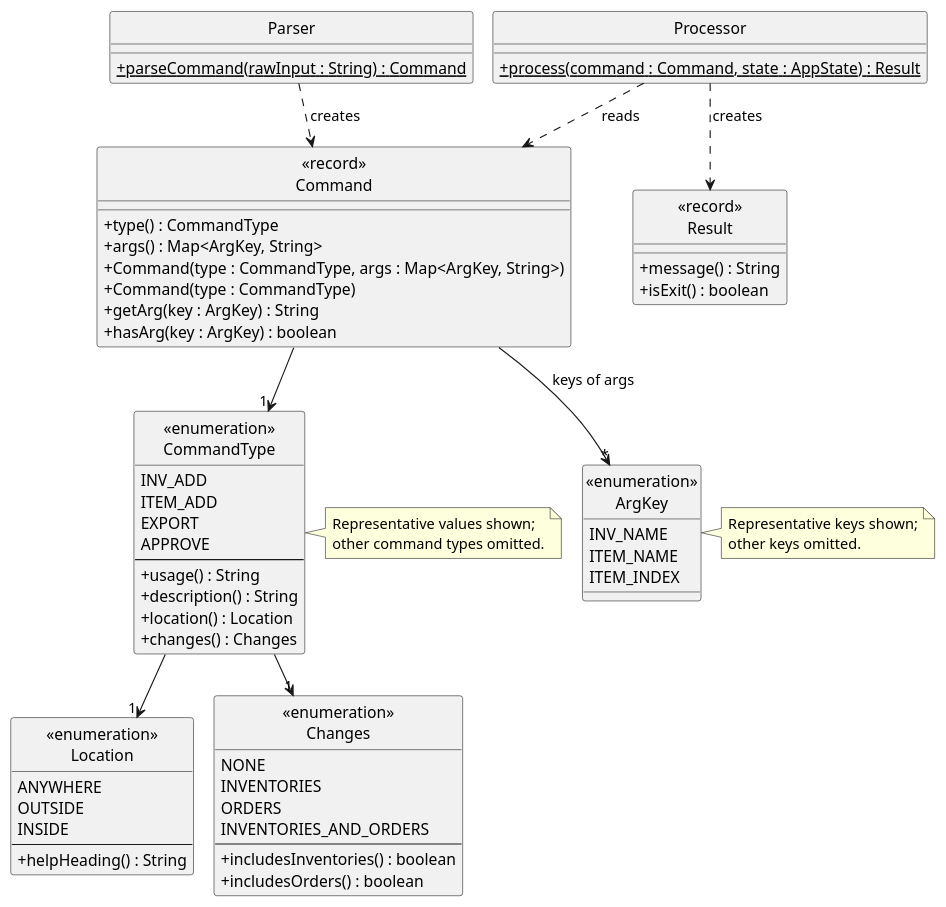
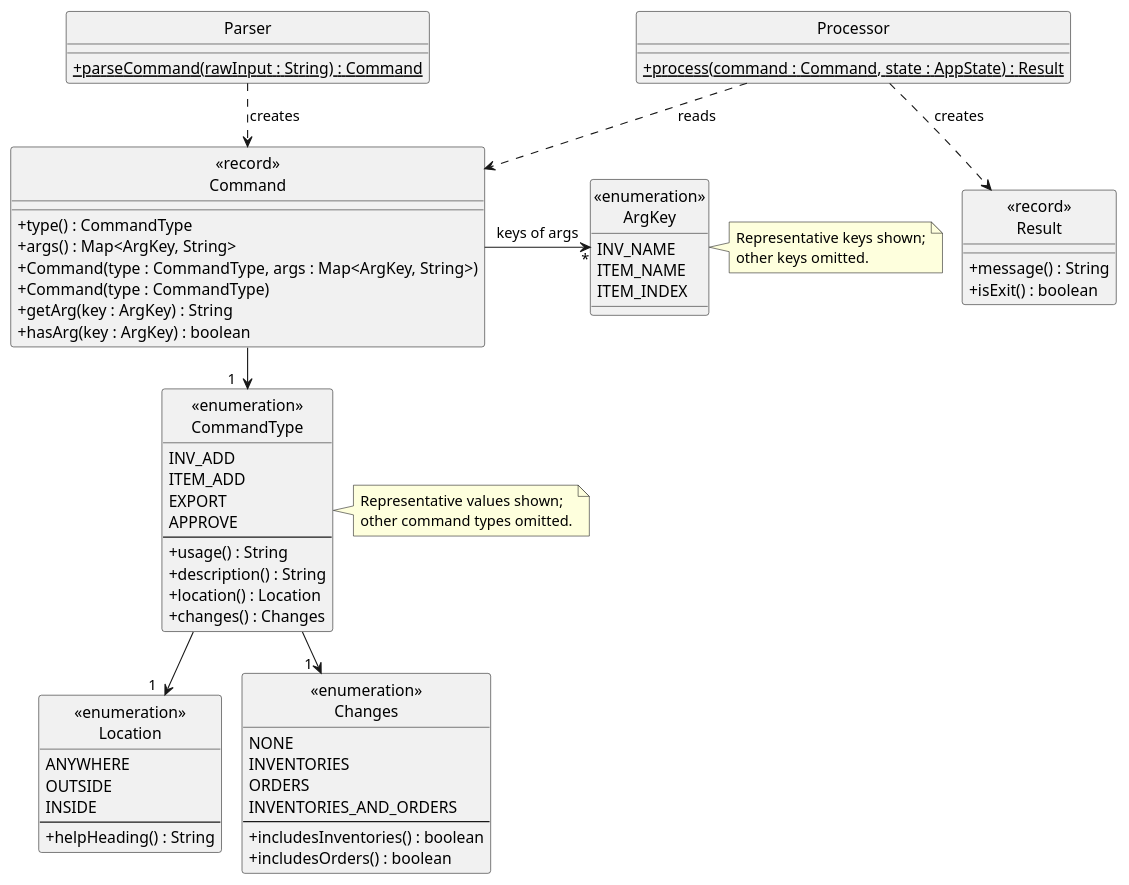
Before and after one commit to AY2627S1-CS2113-W14-4/tp: the diagram in docs/diagrams/CommandClassDiagram.puml, drawn with PlantUML. The commit also changed 1 other file, not shown here.

Commit message:
Keep command diagram multiplicities clear of arrowheads

```diff
--- a/docs/diagrams/CommandClassDiagram.puml
+++ b/docs/diagrams/CommandClassDiagram.puml
@@ -1,81 +1,81 @@
 @startuml
 !pragma layout smetana
 hide circle
 skinparam classAttributeIconSize 0
 
 class "<<record>>\nCommand" as Command {
     + type() : CommandType
     + args() : Map<ArgKey, String>
     + Command(type : CommandType, args : Map<ArgKey, String>)
     + Command(type : CommandType)
     + getArg(key : ArgKey) : String
     + hasArg(key : ArgKey) : boolean
 }
 
 enum "<<enumeration>>\nCommandType" as CommandType {
     INV_ADD
     ITEM_ADD
     EXPORT
     APPROVE
     --
     + usage() : String
     + description() : String
     + location() : Location
     + changes() : Changes
 }
 
 enum "<<enumeration>>\nLocation" as Location {
     ANYWHERE
     OUTSIDE
     INSIDE
     --
     + helpHeading() : String
 }
 
 enum "<<enumeration>>\nChanges" as Changes {
     NONE
     INVENTORIES
     ORDERS
     INVENTORIES_AND_ORDERS
     --
     + includesInventories() : boolean
     + includesOrders() : boolean
 }
 
 enum "<<enumeration>>\nArgKey" as ArgKey {
     INV_NAME
     ITEM_NAME
     ITEM_INDEX
 }
 
 class "<<record>>\nResult" as Result {
     + message() : String
     + isExit() : boolean
 }
 
 class Parser {
     + {static} parseCommand(rawInput : String) : Command
 }
 
 class Processor {
     + {static} process(command : Command, state : AppState) : Result
 }
 
-Command --> "1" CommandType
-CommandType --> "1" Location
-CommandType --> "1" Changes
-Command --> "*" ArgKey : keys of args
+Command -down-> "1   " CommandType
+CommandType -down-> "1  " Location
+CommandType -down-> "1  " Changes
+Command -right-> "*\n" ArgKey : keys of args
 Parser ..> Command : creates
 Processor ..> Command : reads
 Processor ..> Result : creates
 
 note right of CommandType
     Representative values shown;
     other command types omitted.
 end note
 
 note right of ArgKey
     Representative keys shown;
     other keys omitted.
 end note
 @enduml
```
